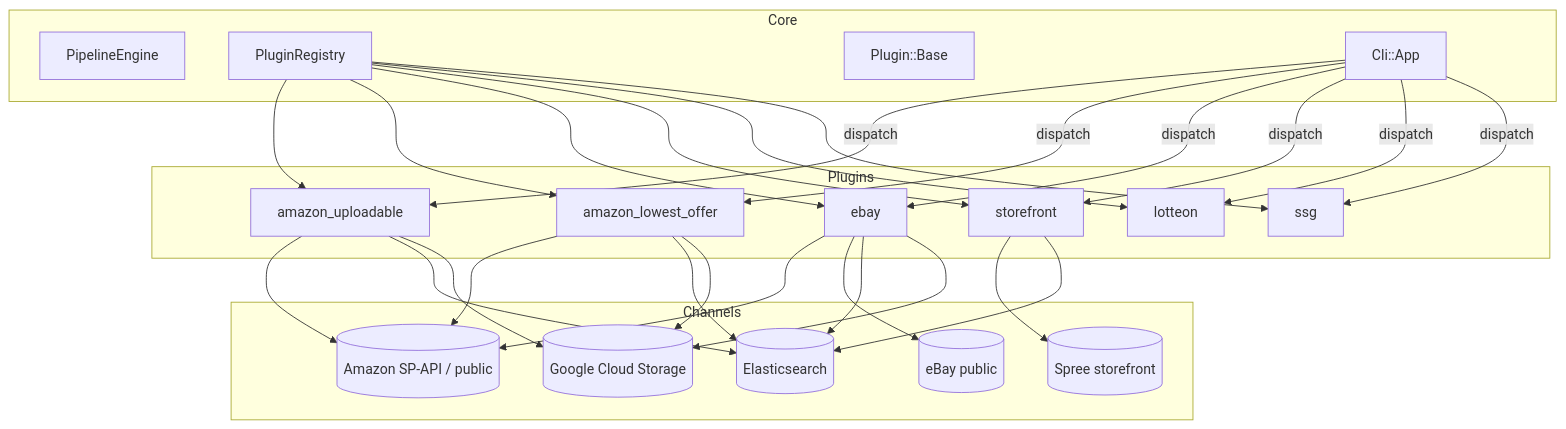
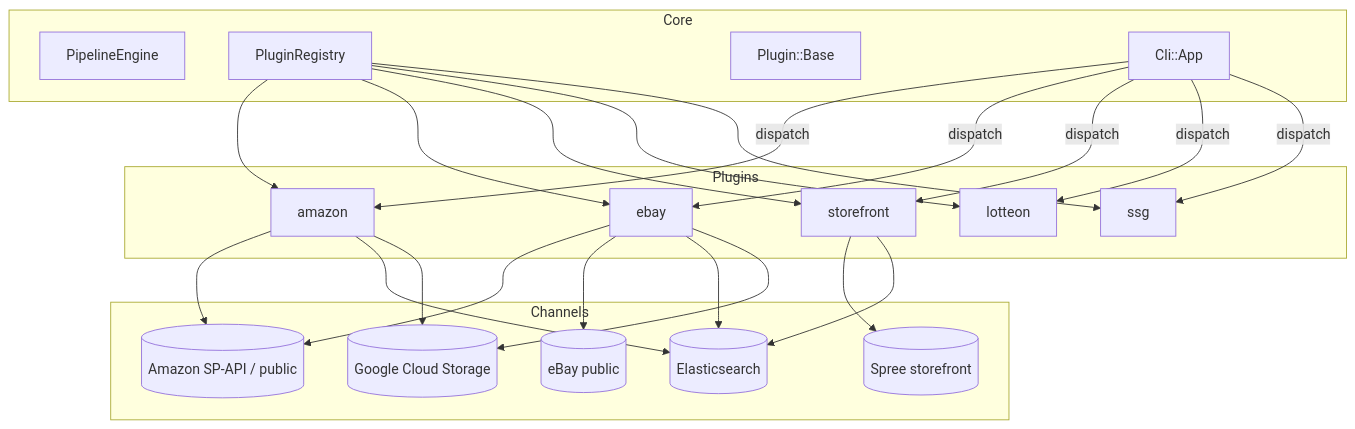
One commit to AriseshineSky/em-tools changed the second of 3 diagrams in docs/OVERVIEW.md. Above: the diagram before and after it, drawn with Mermaid. The commit also changed other lines of this file and 184 other files, not shown here.

````diff
--- a/docs/OVERVIEW.md
+++ b/docs/OVERVIEW.md
@@ -67,41 +67,39 @@
 ```mermaid
 flowchart TB
     subgraph Core
         Engine[PipelineEngine]
         Registry[PluginRegistry]
         Base[Plugin::Base]
         CliApp[Cli::App]
     end
 
     subgraph Plugins
-        AU[amazon_uploadable]
-        ALO[amazon_lowest_offer]
+        AMZ[amazon]
         EB[ebay]
         SF[storefront]
         LO[lotteon]
         SS[ssg]
     end
 
     subgraph Channels
         ES[(Elasticsearch)]
         GCS[(Google Cloud Storage)]
         Spree[(Spree storefront)]
         AmazonAPI[(Amazon SP-API / public)]
         EbayAPI[(eBay public)]
     end
 
-    Registry --> AU
-    Registry --> ALO
+    Registry --> AMZ
     Registry --> EB
     Registry --> SF
     Registry --> LO
     Registry --> SS
 
-    AU & ALO & EB --> AmazonAPI
+    AMZ & EB --> AmazonAPI
     EB --> EbayAPI
     SF --> Spree
-    AU & ALO & EB & SF --> ES
-    AU & ALO & EB --> GCS
+    AMZ & EB & SF --> ES
+    AMZ & EB --> GCS
 
-    CliApp -->|dispatch| AU & ALO & EB & SF & LO & SS
+    CliApp -->|dispatch| AMZ & EB & SF & LO & SS
 ```
````
